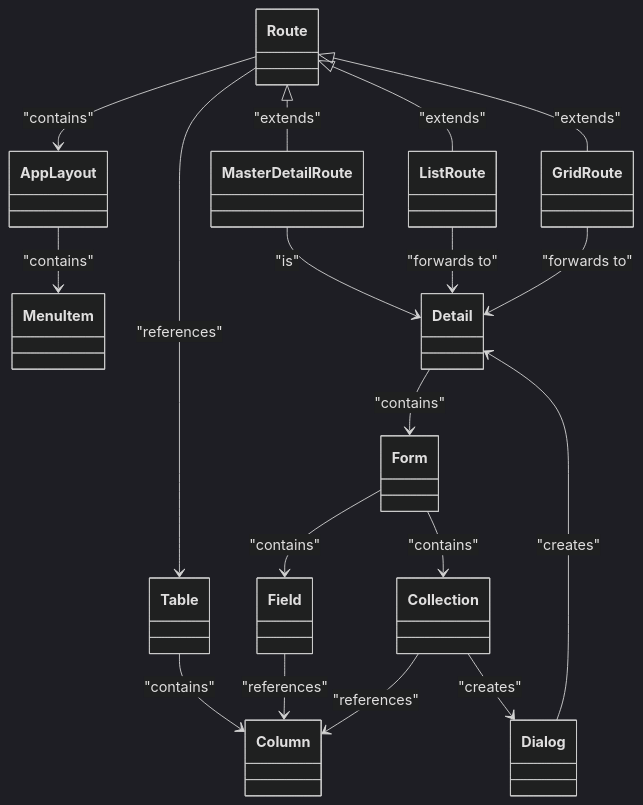
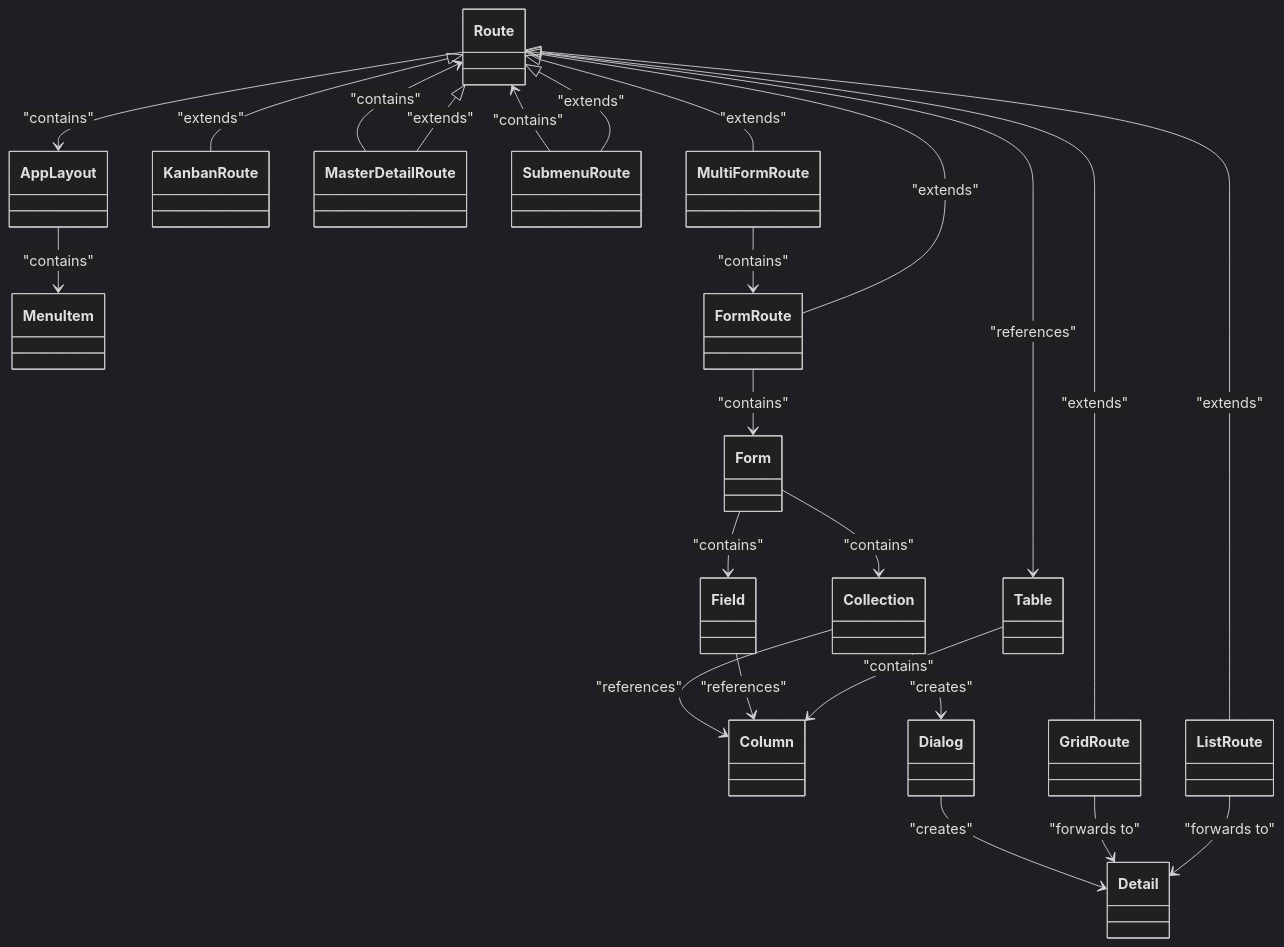
Before and after one commit to appreciated/vortex-crud: the diagram in README.md, drawn with Mermaid (dark theme).

Commit message:
Architektur in README.md aktualisiert

````diff
--- a/README.md
+++ b/README.md
@@ -82,59 +82,75 @@
 ```mermaid
 classDiagram
-   class Table {
-   }
+    class Table {
+    }
 
-   class Column {
-   }
+    class Column {
+    }
 
-   class Route {
-   }
+    class Route {
+    }
 
-   class AppLayout {
-   }
+    class AppLayout {
+    }
 
-   class MenuItem {
-   }
+    class MenuItem {
+    }
 
-   class MasterDetailRoute {
-   }
+    class FormRoute{
+        
+    }
+    class GridRoute{
+        
+    }
+    class KanbanRoute{
+        
+    }
+    class ListRoute{
+        
+    }
+    class MasterDetailRoute{
+        
+    }
+    class SubmenuRoute{
+        
+    }
+    class MultiFormRoute {
+        
+    }
+    class FormRoute {
+        
+    }
 
-   class ListRoute {
-   }
+    class Field {
+    }
 
-   class GridRoute {
-   }
+    class Collection {
+    }
 
-   class Detail {
-   }
+    class Dialog {
+    }
 
-   class Form {
-   }
-
-   class Field {
-   }
-
-   class Collection {
-   }
-
-   class Dialog {
-   }
-
-   Route <|-- MasterDetailRoute: "extends"
-   Route <|-- ListRoute: "extends"
-   Route <|-- GridRoute: "extends"
-   Route --> AppLayout: "contains"
-   AppLayout --> MenuItem: "contains"
-   MasterDetailRoute --> Detail: "is"
-   ListRoute --> Detail: "forwards to"
-   GridRoute --> Detail: "forwards to"
-   Detail --> Form: "contains"
-   Form --> Field: "contains"
-   Form --> Collection: "contains"
-   Route --> Table: "references"
-   Table --> Column: "contains"
-   Field --> Column: "references"
-   Collection --> Column: "references"
-   Collection --> Dialog: "creates"
-   Dialog --> Detail: "creates"
+    Route <|-- GridRoute: "extends"
+    Route <|-- KanbanRoute: "extends"
+    Route <|-- ListRoute: "extends"
+    Route <|-- MasterDetailRoute: "extends"
+    Route <|-- SubmenuRoute: "extends"
+    Route <|-- MultiFormRoute: "extends"
+    Route <|-- FormRoute: "extends"
+    Route --> AppLayout: "contains"
+    SubmenuRoute --> Route: "contains"
+    MasterDetailRoute --> Route: "contains"
+    AppLayout --> MenuItem: "contains"
+    ListRoute --> Detail: "forwards to"
+    GridRoute --> Detail: "forwards to"
+    FormRoute --> Form: "contains"
+    MultiFormRoute --> FormRoute: "contains"
+    Form --> Field: "contains"
+    Form --> Collection: "contains"
+    Route --> Table: "references"
+    Table --> Column: "contains"
+    Field --> Column: "references"
+    Collection --> Column: "references"
+    Collection --> Dialog: "creates"
+    Dialog --> Detail: "creates"
 ```
````
